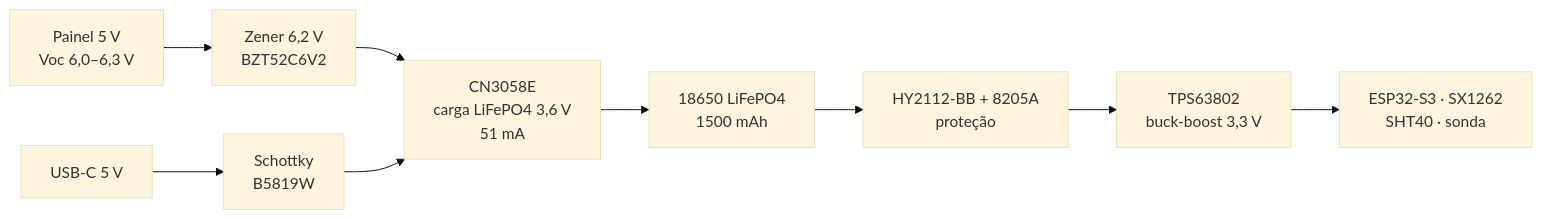
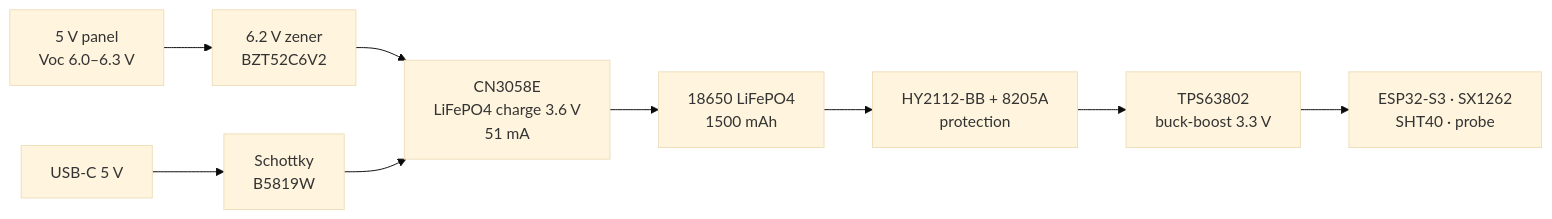
Before and after one commit to mauricioandreata/gaiapus: the second of 2 diagrams in docs/hardware.md, drawn with Mermaid (base theme). The commit also changed other lines of this file and 16 other files, not shown here.

````diff
--- a/docs/hardware.md
+++ b/docs/hardware.md
@@ -146,11 +146,11 @@
 ```mermaid
 flowchart LR
-    SOL["Painel 5 V<br/>Voc 6,0–6,3 V"] --> Z["Zener 6,2 V<br/>BZT52C6V2"]
+    SOL["5 V panel<br/>Voc 6.0–6.3 V"] --> Z["6.2 V zener<br/>BZT52C6V2"]
     USB["USB-C 5 V"] --> SK["Schottky<br/>B5819W"]
-    Z --> CN["CN3058E<br/>carga LiFePO4 3,6 V<br/>51 mA"]
+    Z --> CN["CN3058E<br/>LiFePO4 charge 3.6 V<br/>51 mA"]
     SK --> CN
     CN --> BAT["18650 LiFePO4<br/>1500 mAh"]
-    BAT --> PROT["HY2112-BB + 8205A<br/>proteção"]
-    PROT --> BB["TPS63802<br/>buck-boost 3,3 V"]
-    BB --> L["ESP32-S3 · SX1262<br/>SHT40 · sonda"]
+    BAT --> PROT["HY2112-BB + 8205A<br/>protection"]
+    PROT --> BB["TPS63802<br/>buck-boost 3.3 V"]
+    BB --> L["ESP32-S3 · SX1262<br/>SHT40 · probe"]
 ```
````
